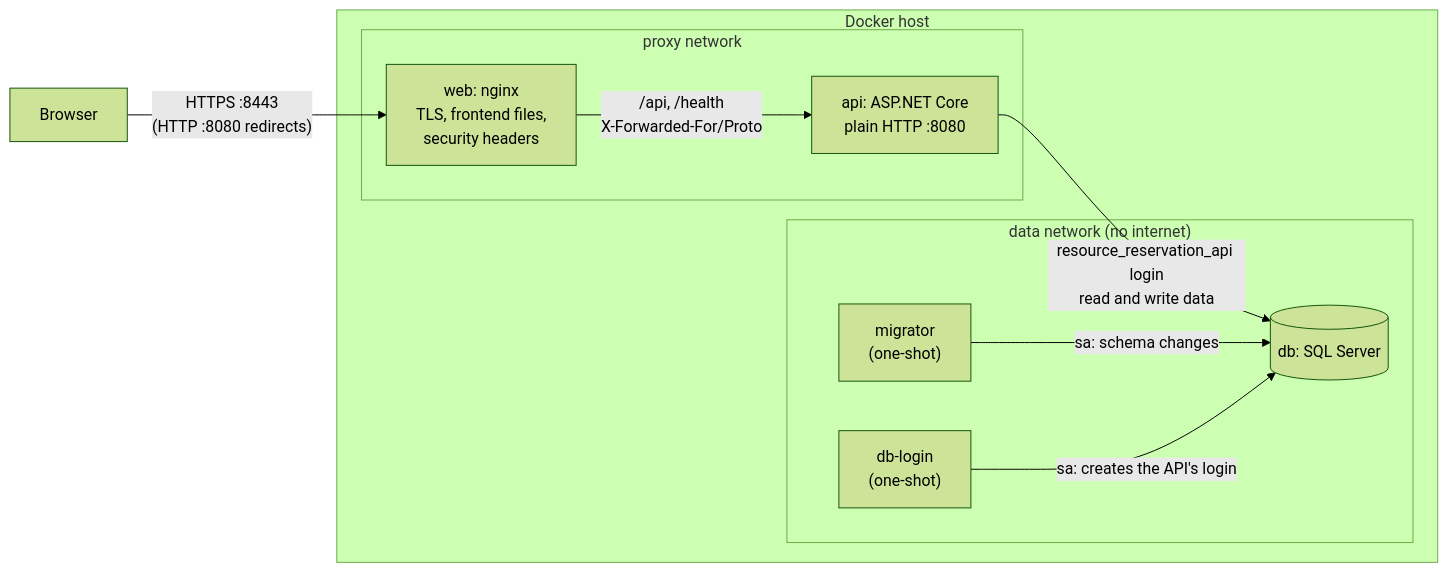
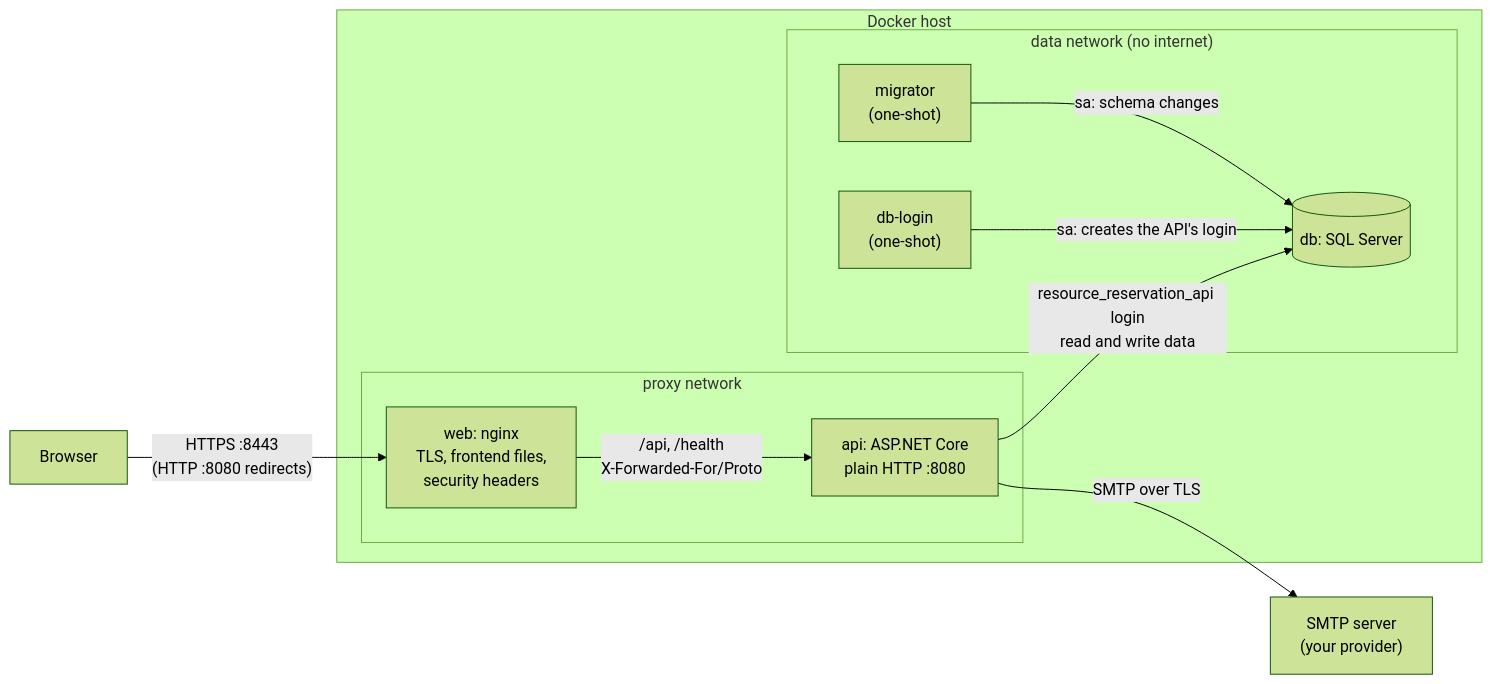
Before and after one commit to Andershgras/resource-reservation-system: the diagram in docs/deployment.md, drawn with Mermaid (forest theme). The commit also changed other lines of this file and 8 other files, not shown here.

````diff
--- a/docs/deployment.md
+++ b/docs/deployment.md
@@ -14,21 +7,23 @@
 ```mermaid
 flowchart LR
     browser[Browser]
+    smtp["SMTP server<br/>(your provider)"]
     subgraph host["Docker host"]
         subgraph proxy["proxy network"]
             web["web: nginx<br/>TLS, frontend files,<br/>security headers"]
             api["api: ASP.NET Core<br/>plain HTTP :8080"]
         end
         subgraph data["data network (no internet)"]
             db[("db: SQL Server")]
             migrator["migrator<br/>(one-shot)"]
             login["db-login<br/>(one-shot)"]
         end
     end
 
     browser -- "HTTPS :8443<br/>(HTTP :8080 redirects)" --> web
     web -- "/api, /health<br/>X-Forwarded-For/Proto" --> api
     api -- "resource_reservation_api login<br/>read and write data" --> db
+    api -- "SMTP over TLS" --> smtp
     migrator -- "sa: schema changes" --> db
     login -- "sa: creates the API's login" --> db
 ```
````
